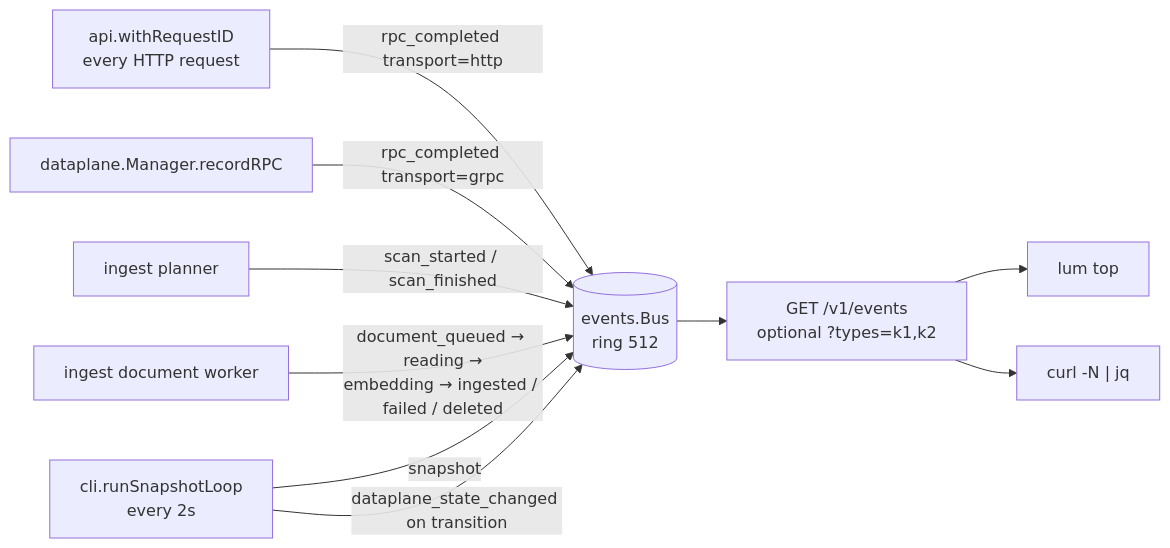
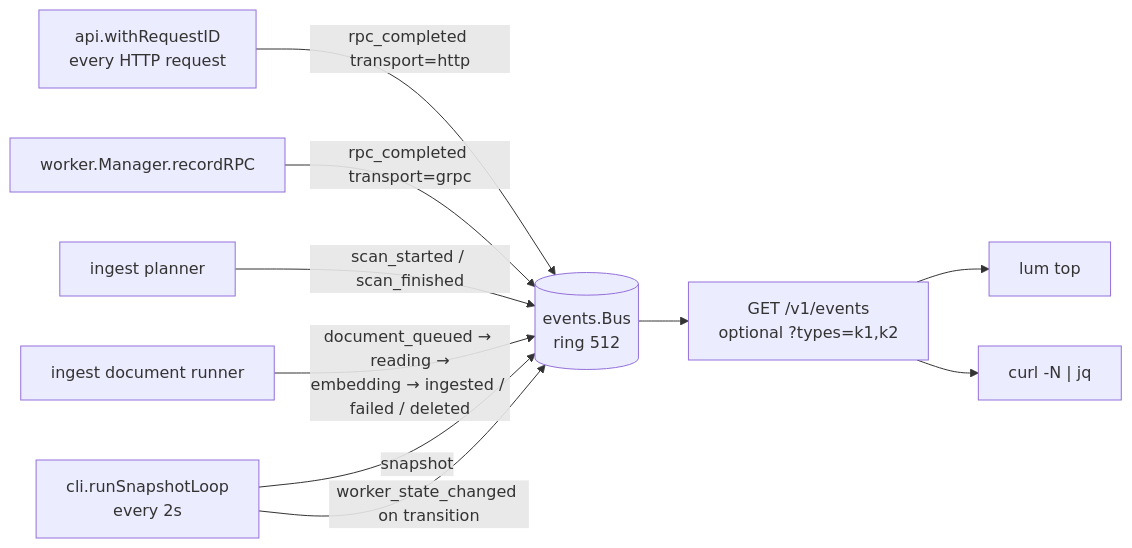
The eighth of 17 diagrams in docs/diagrams.md (alDuncanson/lum), drawn with Mermaid before and after one commit. The commit also changed other lines of this file and 107 other files, not shown here.

````diff
--- a/docs/diagrams.md
+++ b/docs/diagrams.md
@@ -386,13 +386,13 @@
 ```mermaid
 flowchart LR
     HTTP["api.withRequestID<br/>every HTTP request"] -->|"rpc_completed transport=http"| BUS[("events.Bus<br/>ring 512")]
-    GRPC["dataplane.Manager.recordRPC"] -->|"rpc_completed transport=grpc"| BUS
+    GRPC["worker.Manager.recordRPC"] -->|"rpc_completed transport=grpc"| BUS
     PLAN["ingest planner"] -->|"scan_started / scan_finished"| BUS
-    WORK["ingest document worker"] -->|"document_queued → reading →<br/>embedding → ingested / failed / deleted"| BUS
+    WORK["ingest document runner"] -->|"document_queued → reading →<br/>embedding → ingested / failed / deleted"| BUS
     LOOP["cli.runSnapshotLoop<br/>every 2s"] -->|"snapshot"| BUS
-    LOOP -->|"dataplane_state_changed on transition"| BUS
+    LOOP -->|"worker_state_changed on transition"| BUS
 
     BUS --> SSE["GET /v1/events<br/>optional ?types=k1,k2"]
     SSE --> TOP["lum top"]
     SSE --> JQ["curl -N | jq"]
 ```
````
